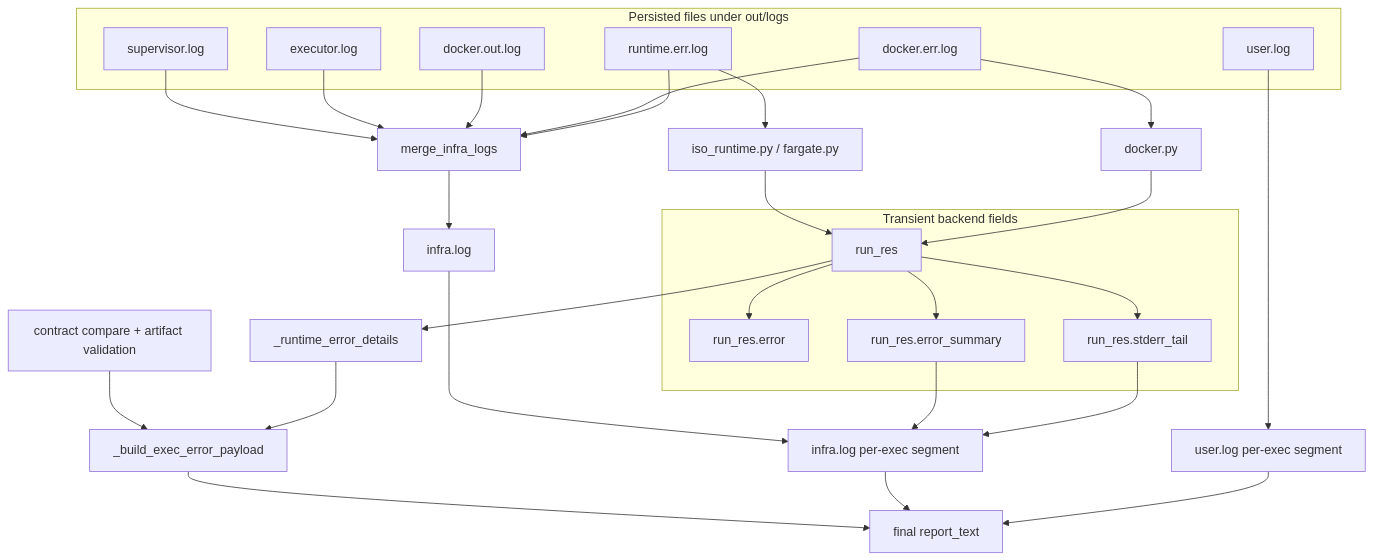
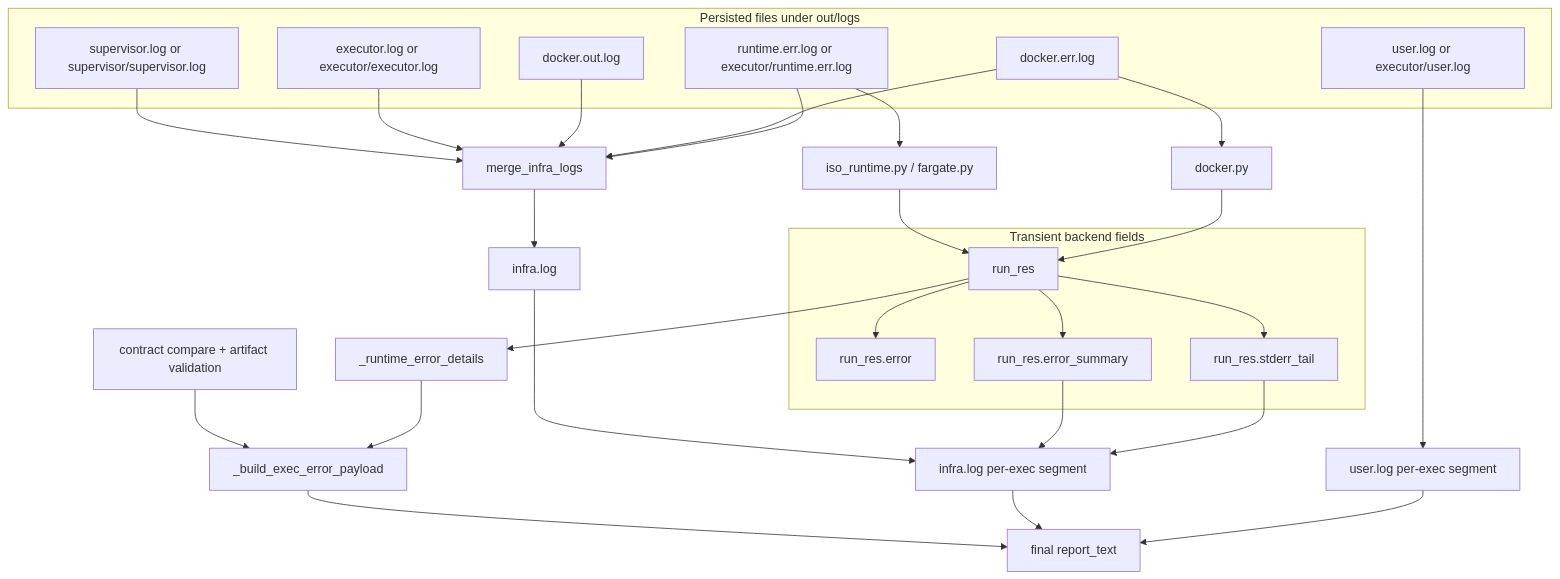
Before and after one commit to kdcube/kdcube-ai-app: the diagram in app/ai-app/docs/exec/exec-logging-error-propagation-README.md, drawn with Mermaid. The commit also changed other lines of this file and 27 other files, not shown here.

````diff
--- a/app/ai-app/docs/exec/exec-logging-error-propagation-README.md
+++ b/app/ai-app/docs/exec/exec-logging-error-propagation-README.md
@@ -437,46 +470,46 @@
 ```mermaid
 flowchart TD
     subgraph RawLogs[Persisted files under out/logs]
-        U[user.log]
-        R[runtime.err.log]
+        U[user.log or executor/user.log]
+        R[runtime.err.log or executor/runtime.err.log]
         DO[docker.out.log]
         DE[docker.err.log]
-        S[supervisor.log]
-        E[executor.log]
+        S[supervisor.log or supervisor/supervisor.log]
+        E[executor.log or executor/executor.log]
     end
 
     subgraph Backend[Transient backend fields]
         RR[run_res]
         ERR[run_res.error]
         ES[run_res.error_summary]
         ST[run_res.stderr_tail]
     end
 
     R --> ISO[iso_runtime.py / fargate.py]
     DE --> DKR[docker.py]
     ISO --> RR
     DKR --> RR
     RR --> ERR
     RR --> ES
     RR --> ST
 
     S --> MERGE[merge_infra_logs]
     E --> MERGE
     DO --> MERGE
     DE --> MERGE
     R --> MERGE
     MERGE --> INF[infra.log]
 
     U --> USEG[user.log per-exec segment]
     INF --> ISEG[infra.log per-exec segment]
     ES --> ISEG
     ST --> ISEG
 
     RR --> RT[_runtime_error_details]
     C[contract compare + artifact validation] --> EP[_build_exec_error_payload]
     RT --> EP
 
     EP --> FINAL[final report_text]
     ISEG --> FINAL
     USEG --> FINAL
 ```
````
